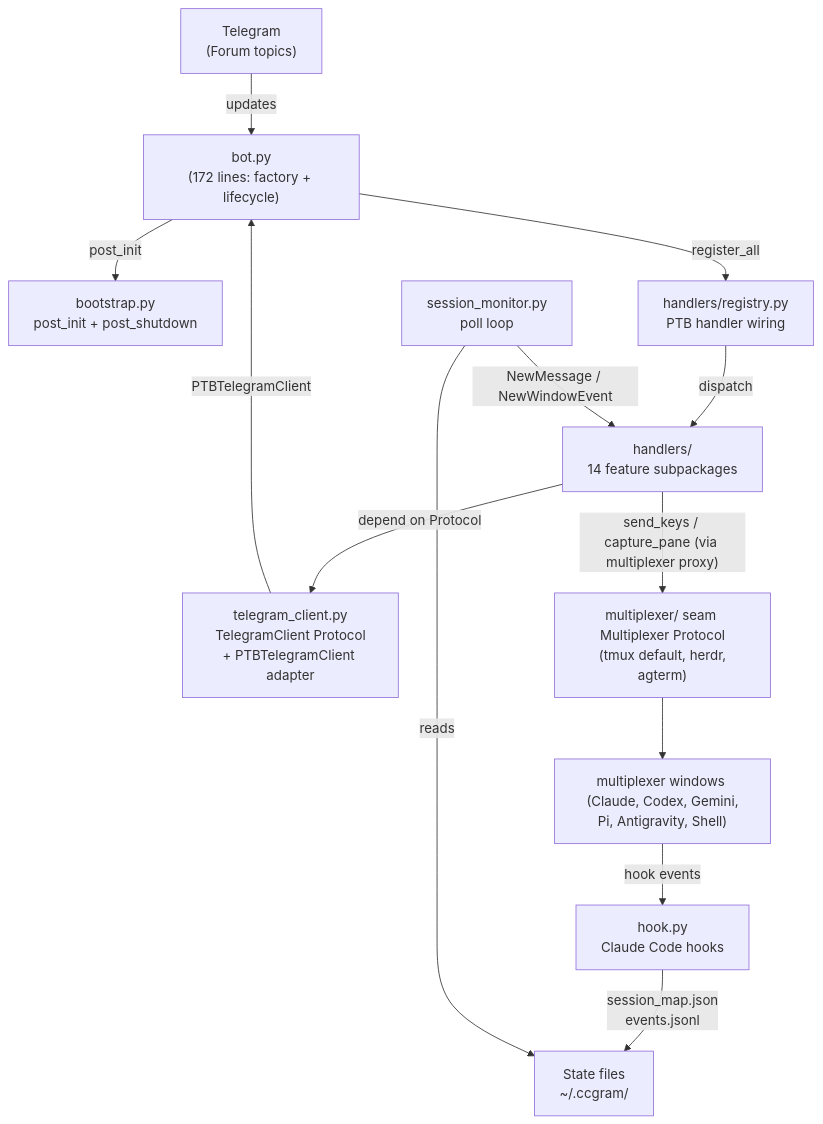
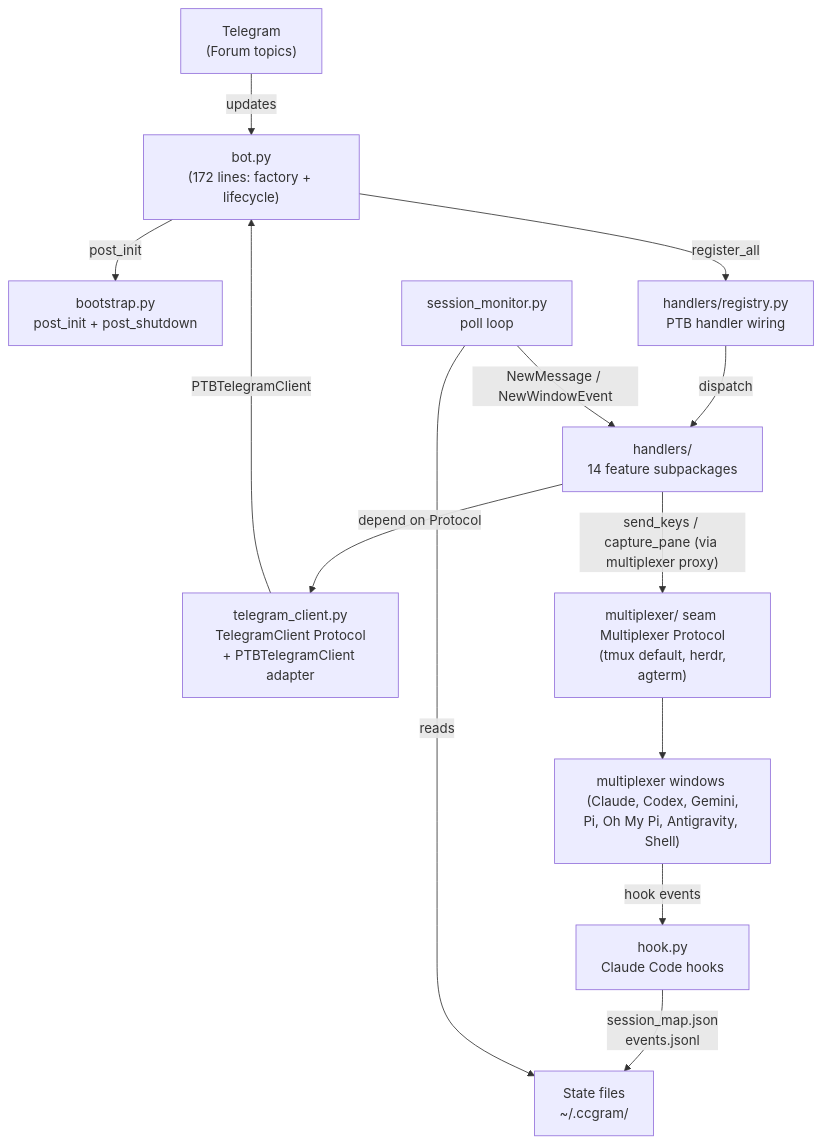
The first of 8 diagrams in docs/architecture.md (alexei-led/ccgram), drawn with Mermaid before and after one commit. The commit also changed other lines of this file and 5 other files, not shown here.

````diff
--- a/docs/architecture.md
+++ b/docs/architecture.md
@@ -17,27 +17,27 @@
 ```mermaid
 graph TB
     Telegram["Telegram<br>(Forum topics)"]
     Bot["bot.py<br>(172 lines: factory + lifecycle)"]
     Bootstrap["bootstrap.py<br>post_init + post_shutdown"]
     Registry["handlers/registry.py<br>PTB handler wiring"]
     TC["telegram_client.py<br>TelegramClient Protocol<br>+ PTBTelegramClient adapter"]
     Handlers["handlers/<br>14 feature subpackages"]
     TmuxMgr["multiplexer/ seam <br> Multiplexer Protocol <br> (tmux default, herdr, agterm)"]
-    Windows["multiplexer windows <br> (Claude, Codex, Gemini, Pi, Antigravity, Shell)"]
+    Windows["multiplexer windows <br> (Claude, Codex, Gemini, Pi, Oh My Pi, Antigravity, Shell)"]
     Hook["hook.py<br>Claude Code hooks"]
     Monitor["session_monitor.py<br>poll loop"]
     State["State files<br>~/.ccgram/"]
 
     Telegram -- "updates" --> Bot
     Bot -- "post_init" --> Bootstrap
     Bot -- "register_all" --> Registry
     Registry -- "dispatch" --> Handlers
     Handlers -- "depend on Protocol" --> TC
     TC -- "PTBTelegramClient" --> Bot
     Handlers -- "send_keys / capture_pane (via multiplexer proxy)" --> TmuxMgr
     TmuxMgr --> Windows
     Windows -- "hook events" --> Hook
     Hook -- "session_map.json<br>events.jsonl" --> State
     Monitor -- "reads" --> State
     Monitor -- "NewMessage / NewWindowEvent" --> Handlers
 ```
````
